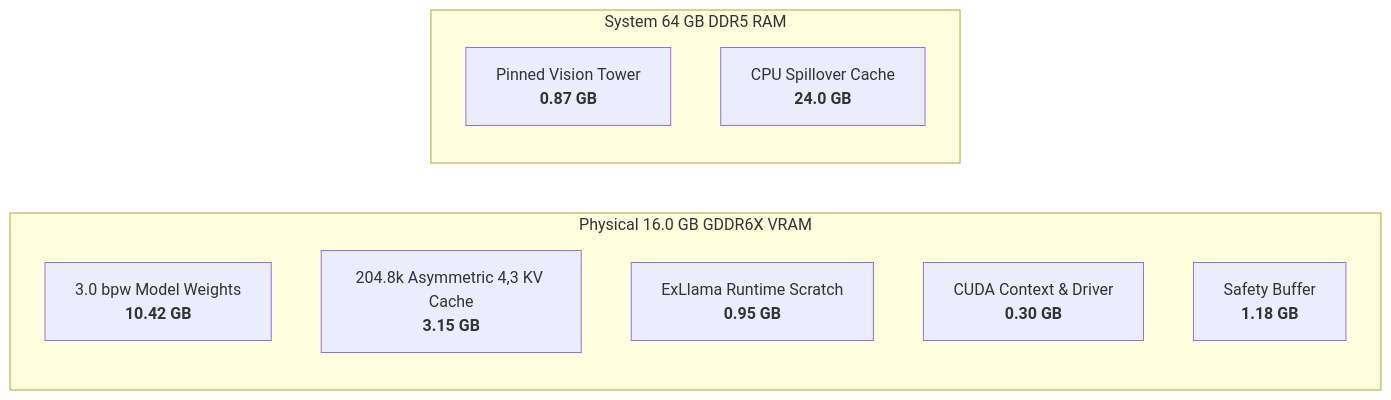
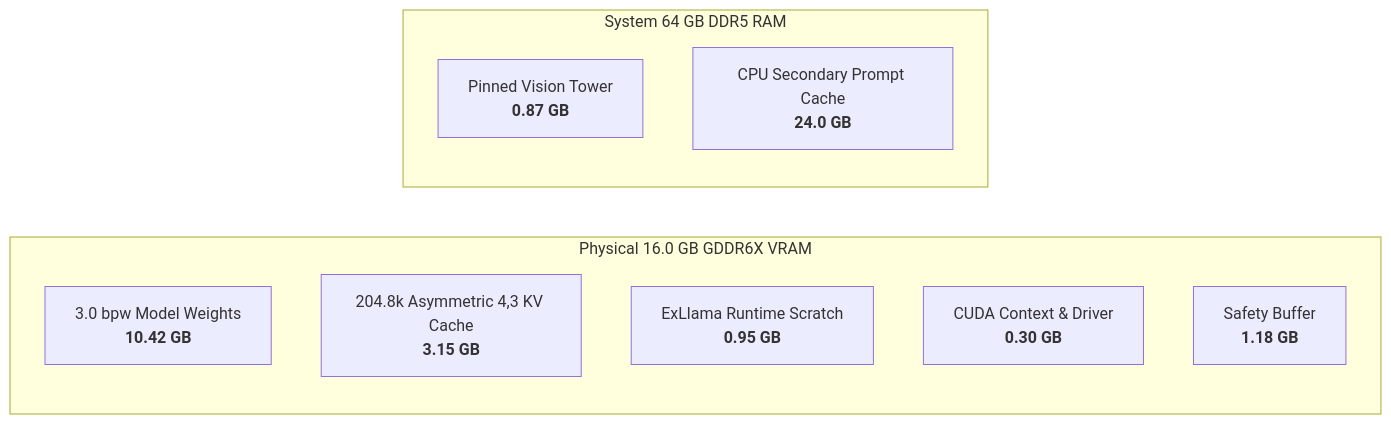
Before and after one commit to saas-home/Qwen3.8-27B-NV-16GB: the diagram in Qwen3.8-27B-NV-16GB-Optimization-Whitepaper.md, drawn with Mermaid. The commit also changed other lines of this file and 13 other files, not shown here.

````diff
--- a/Qwen3.8-27B-NV-16GB-Optimization-Whitepaper.md
+++ b/Qwen3.8-27B-NV-16GB-Optimization-Whitepaper.md
@@ -142,14 +167,14 @@
 ```mermaid
 flowchart LR
     subgraph VRAM ["Physical 16.0 GB GDDR6X VRAM"]
-        W["3.0 bpw Model Weights<br><b>10.42 GB</b>"]
-        KV["204.8k Asymmetric 4,3 KV Cache<br><b>3.15 GB</b>"]
-        OV["ExLlama Runtime Scratch<br><b>0.95 GB</b>"]
-        CUDA["CUDA Context & Driver<br><b>0.30 GB</b>"]
-        FREE["Safety Buffer<br><b>1.18 GB</b>"]
+        W["3.0 bpw Model Weights<br/><b>10.42 GB</b>"]
+        KV["204.8k Asymmetric 4,3 KV Cache<br/><b>3.15 GB</b>"]
+        OV["ExLlama Runtime Scratch<br/><b>0.95 GB</b>"]
+        CUDA["CUDA Context & Driver<br/><b>0.30 GB</b>"]
+        FREE["Safety Buffer<br/><b>1.18 GB</b>"]
     end
     subgraph RAM ["System 64 GB DDR5 RAM"]
-        VIS["Pinned Vision Tower<br><b>0.87 GB</b>"]
-        HOST_KV["CPU Spillover Cache<br><b>24.0 GB</b>"]
+        VIS["Pinned Vision Tower<br/><b>0.87 GB</b>"]
+        HOST_KV["CPU Secondary Prompt Cache<br/><b>24.0 GB</b>"]
     end
 ```
````
